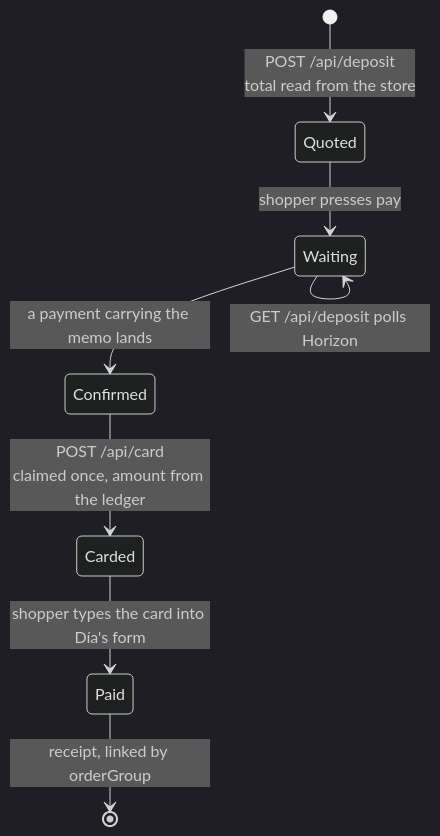
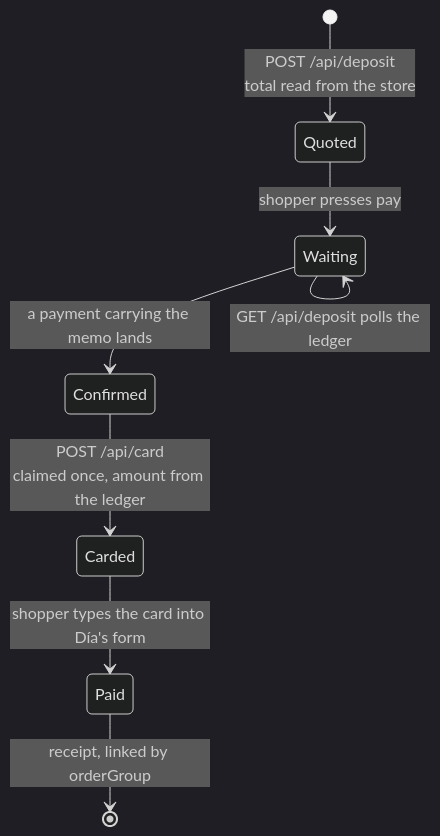
One commit to Simonethg/changuito changed the third of 4 diagrams in docs/architecture.md. Above: the diagram before and after it, drawn with Mermaid (dark theme). The commit also changed other lines of this file and 14 other files, not shown here.

````diff
--- a/docs/architecture.md
+++ b/docs/architecture.md
@@ -246,10 +247,10 @@
 ```mermaid
 stateDiagram-v2
     [*] --> Quoted: POST /api/deposit<br/>total read from the store
     Quoted --> Waiting: shopper presses pay
-    Waiting --> Waiting: GET /api/deposit polls Horizon
+    Waiting --> Waiting: GET /api/deposit polls the ledger
     Waiting --> Confirmed: a payment carrying the memo lands
     Confirmed --> Carded: POST /api/card<br/>claimed once, amount from the ledger
     Carded --> Paid: shopper types the card into Día's form
     Paid --> [*]: receipt, linked by orderGroup
 ```
````
